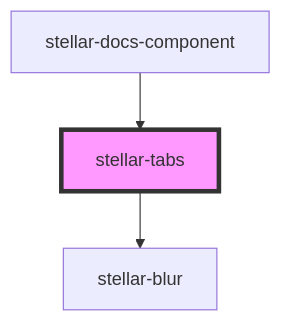
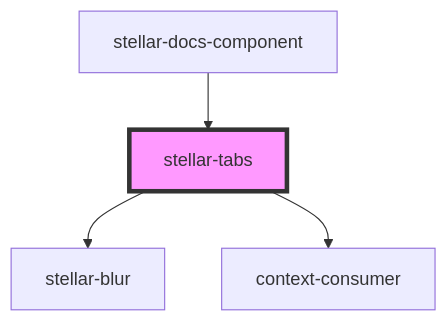
The diagram in src/components/ui/tabs/readme.md (splitinfinities/Stellar), drawn with Mermaid before and after one commit. The commit also changed other lines of this file and 44 other files, not shown here.

````diff
--- a/src/components/ui/tabs/readme.md
+++ b/src/components/ui/tabs/readme.md
@@ -239,6 +240,7 @@
 ```mermaid
 graph TD;
   stellar-tabs --> stellar-blur
+  stellar-tabs --> context-consumer
   stellar-docs-component --> stellar-tabs
   style stellar-tabs fill:#f9f,stroke:#333,stroke-width:4px
 ```
````
